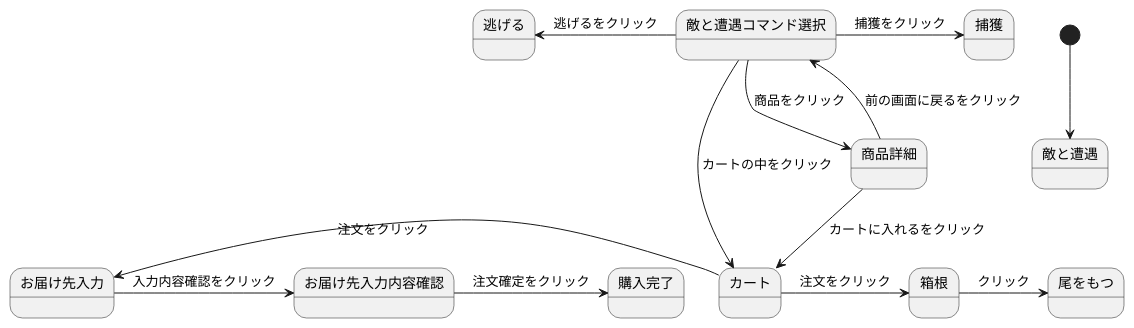
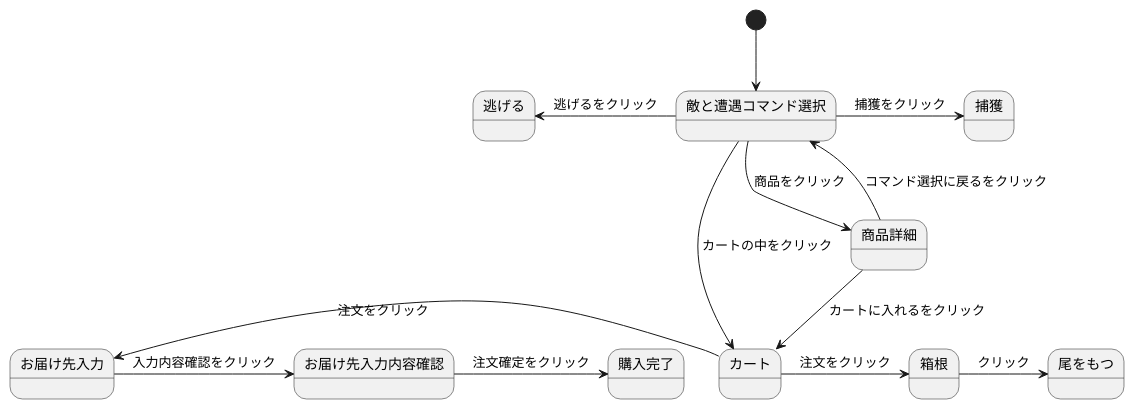
The diagram in stm01.md (Aso2001196/2021sys-design), drawn with PlantUML before and after one commit.

````diff
--- a/stm01.md
+++ b/stm01.md
@@ -1,16 +1,16 @@
 ```uml
 @startuml
-[*]--> 敵と遭遇
+[*]--> 敵と遭遇コマンド選択
 敵と遭遇コマンド選択 -> 捕獲 : 捕獲をクリック
 敵と遭遇コマンド選択-left-> 逃げる : 逃げるをクリック
 敵と遭遇コマンド選択--> 商品詳細 : 商品をクリック
 敵と遭遇コマンド選択--> カート : カートの中をクリック
 商品詳細 --> カート : カートに入れるをクリック
-商品詳細 --> 敵と遭遇コマンド選択: 前の画面に戻るをクリック
+商品詳細 --> 敵と遭遇コマンド選択: コマンド選択に戻るをクリック
 カート -> 箱根 : 注文をクリック
 箱根 -> 尾をもつ : クリック
 カート -left-> お届け先入力 : 注文をクリック
 お届け先入力 -> お届け先入力内容確認 : 入力内容確認をクリック
 お届け先入力内容確認 -> 購入完了 : 注文確定をクリック
 @enduml
 ```
````
